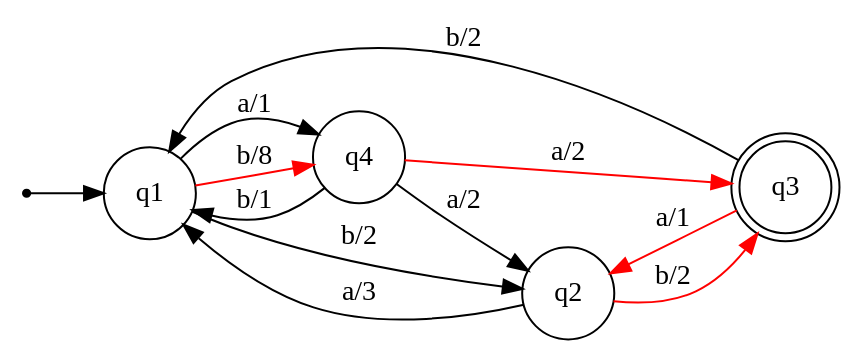
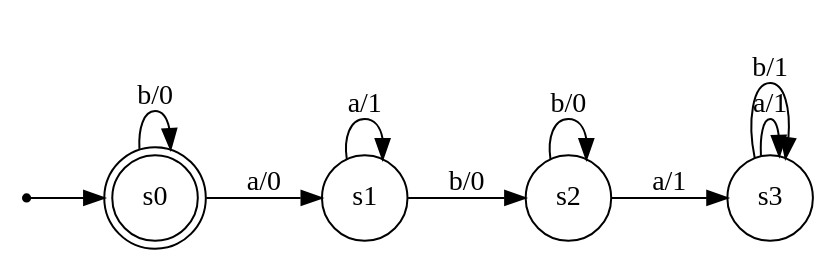
The diagram in input.dot (zenAndroid/oracle-extract), drawn with Graphviz before and after one commit. The commit also changed 1 other file, not shown here.

```diff
--- a/input.dot
+++ b/input.dot
@@ -1,17 +1,15 @@
 digraph Automaton {
     node [shape=point] INIT;
-    q3 [shape="doublecircle"];
+    s0 [shape="doublecircle"];
     node [shape=circle];
     rankdir = LR;
-    INIT -> q1;
-    q1 -> q2 [label="b/2"];
-    q1 -> q4 [label="a/1"];
-    q1 -> q4 [label="b/8", color=red];
-    q2 -> q1 [label="a/3"];
-    q2 -> q3 [label="b/2", color=red];
-    q3 -> q2 [label="a/1", color=red];
-    q3 -> q1 [label="b/2"];
-    q4 -> q1 [label="b/1"];
-    q4 -> q3 [label="a/2", color=red];
-    q4 -> q2 [label="a/2"];
+    INIT -> s0;
+    s0 -> s0 [label="b/0"];
+    s0 -> s1 [label="a/0"];
+    s1 -> s1 [label="a/1"];
+    s1 -> s2 [label="b/0"];
+    s2 -> s3 [label="a/1"];
+    s2 -> s2 [label="b/0"];
+    s3 -> s3 [label="a/1"];
+    s3 -> s3 [label="b/1"];
 }
```
